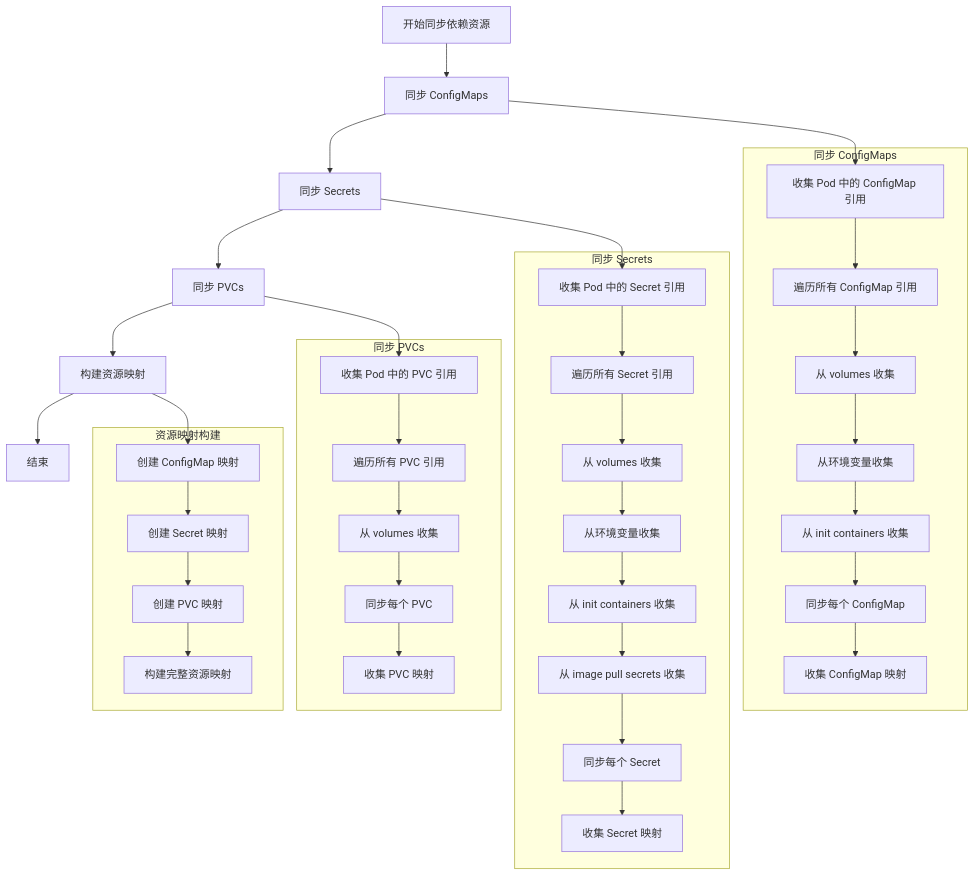
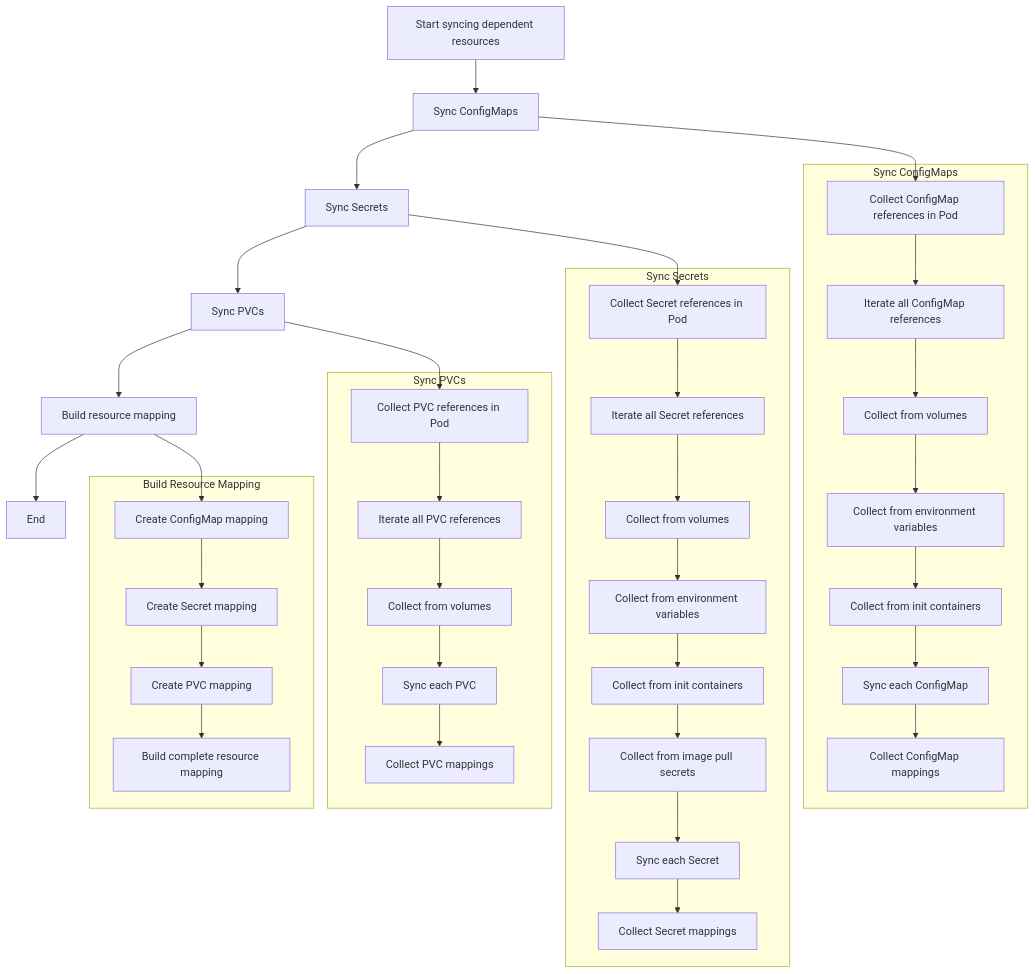
Before and after one commit to gocrane/kubeocean: the second of 4 diagrams in docs/design/topdown-syncer.md, drawn with Mermaid. The commit also changed other lines of this file and 16 other files, not shown here.

````diff
--- a/docs/design/topdown-syncer.md
+++ b/docs/design/topdown-syncer.md
@@ -127,45 +127,45 @@
 ```mermaid
 flowchart TD
-    A[开始同步依赖资源] --> B[同步 ConfigMaps]
-    B --> C[同步 Secrets]
-    C --> D[同步 PVCs]
-    D --> E[构建资源映射]
-    E --> F[结束]
+    A[Start syncing dependent resources] --> B[Sync ConfigMaps]
+    B --> C[Sync Secrets]
+    C --> D[Sync PVCs]
+    D --> E[Build resource mapping]
+    E --> F[End]
 
-    subgraph "同步 ConfigMaps"
-        B1[收集 Pod 中的 ConfigMap 引用] --> B2[遍历所有 ConfigMap 引用]
-        B2 --> B3[从 volumes 收集]
-        B3 --> B4[从环境变量收集]
-        B4 --> B5[从 init containers 收集]
-        B5 --> B6[同步每个 ConfigMap]
-        B6 --> B7[收集 ConfigMap 映射]
+    subgraph "Sync ConfigMaps"
+        B1[Collect ConfigMap references in Pod] --> B2[Iterate all ConfigMap references]
+        B2 --> B3[Collect from volumes]
+        B3 --> B4[Collect from environment variables]
+        B4 --> B5[Collect from init containers]
+        B5 --> B6[Sync each ConfigMap]
+        B6 --> B7[Collect ConfigMap mappings]
     end
 
-    subgraph "同步 Secrets"
-        C1[收集 Pod 中的 Secret 引用] --> C2[遍历所有 Secret 引用]
-        C2 --> C3[从 volumes 收集]
-        C3 --> C4[从环境变量收集]
-        C4 --> C5[从 init containers 收集]
-        C5 --> C6[从 image pull secrets 收集]
-        C6 --> C7[同步每个 Secret]
-        C7 --> C8[收集 Secret 映射]
+    subgraph "Sync Secrets"
+        C1[Collect Secret references in Pod] --> C2[Iterate all Secret references]
+        C2 --> C3[Collect from volumes]
+        C3 --> C4[Collect from environment variables]
+        C4 --> C5[Collect from init containers]
+        C5 --> C6[Collect from image pull secrets]
+        C6 --> C7[Sync each Secret]
+        C7 --> C8[Collect Secret mappings]
     end
 
-    subgraph "同步 PVCs"
-        D1[收集 Pod 中的 PVC 引用] --> D2[遍历所有 PVC 引用]
-        D2 --> D3[从 volumes 收集]
-        D3 --> D4[同步每个 PVC]
-        D4 --> D5[收集 PVC 映射]
+    subgraph "Sync PVCs"
+        D1[Collect PVC references in Pod] --> D2[Iterate all PVC references]
+        D2 --> D3[Collect from volumes]
+        D3 --> D4[Sync each PVC]
+        D4 --> D5[Collect PVC mappings]
     end
 
-    subgraph "资源映射构建"
-        E1[创建 ConfigMap 映射] --> E2[创建 Secret 映射]
-        E2 --> E3[创建 PVC 映射]
-        E3 --> E4[构建完整资源映射]
+    subgraph "Build Resource Mapping"
+        E1[Create ConfigMap mapping] --> E2[Create Secret mapping]
+        E2 --> E3[Create PVC mapping]
+        E3 --> E4[Build complete resource mapping]
     end
 
     B --> B1
     C --> C1
     D --> D1
     E --> E1
 ```
````
